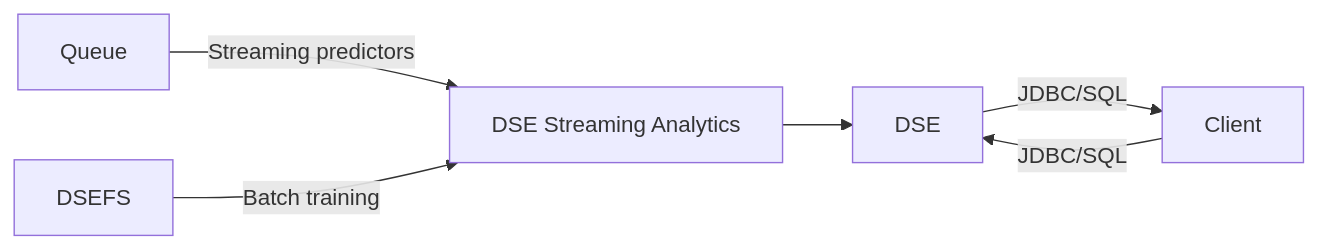
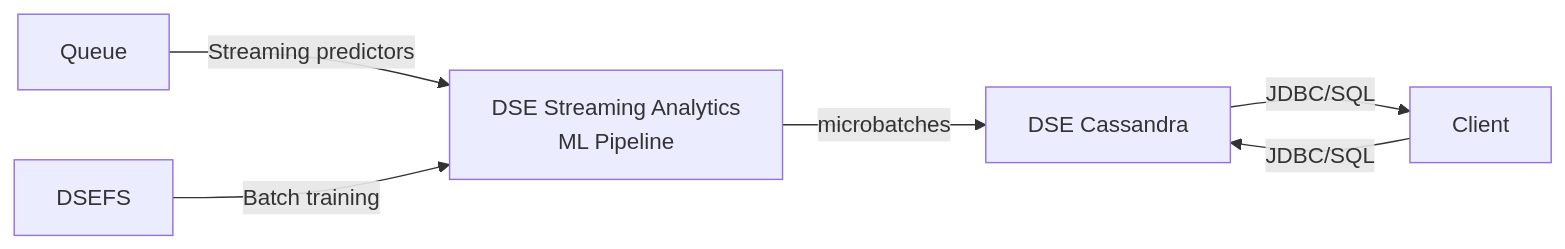
The diagram in content/20_architecture/architecture.md (phact/streaming-ml-product-recommendation), drawn with Mermaid before and after one commit. The commit also changed 1 other file, not shown here.

Commit message:
build and run

```diff
--- a/content/20_architecture/architecture.md
+++ b/content/20_architecture/architecture.md
@@ -12,9 +12,9 @@
 {{< mermaid >}}
 graph LR
 C["Client"]
-A["Queue"]--"Streaming predictors"-->B["DSE Streaming Analytics"]
-B-->C["DSE"]
+A["Queue"]--"Streaming predictors"-->B["DSE Streaming Analytics <br/>ML Pipeline"]
+B--"microbatches"-->C["DSE Cassandra"]
 C--"JDBC/SQL"-->D["Client"]
 D--"JDBC/SQL"-->C
 E["DSEFS"]--"Batch training"-->B
 {{< /mermaid >}}
```
